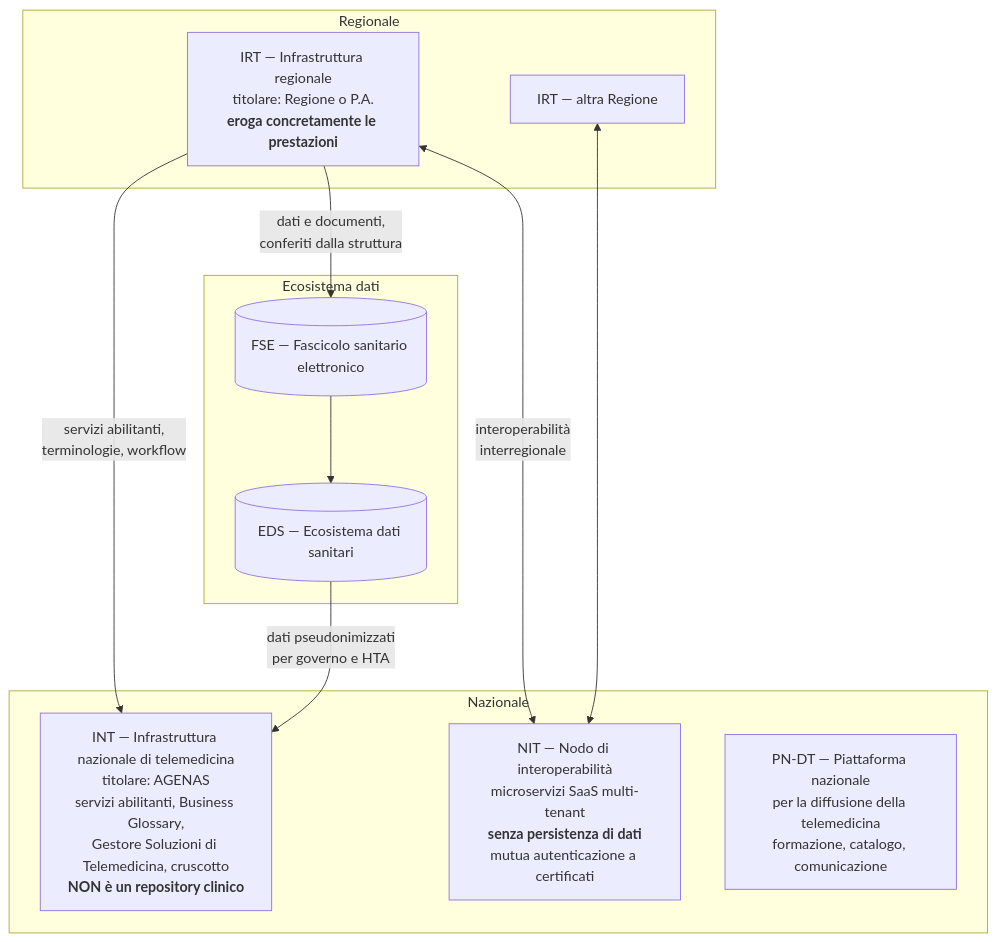
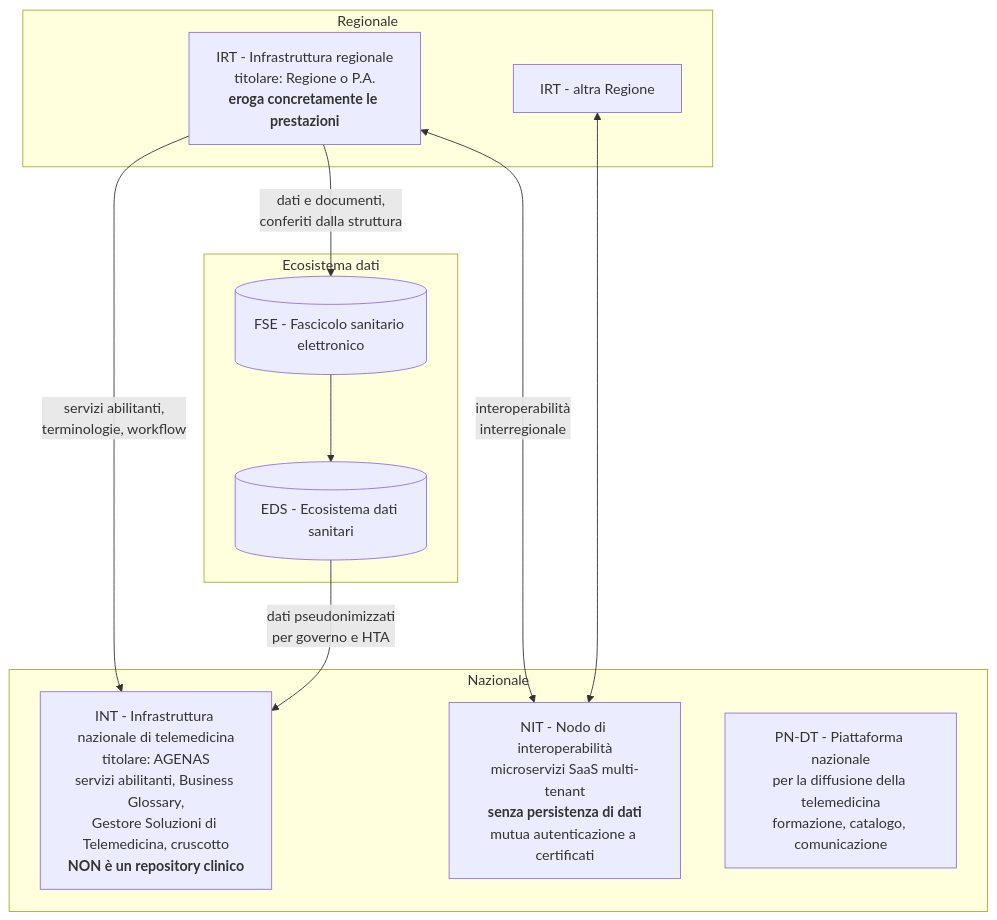
Before and after one commit to fedcal/Telemedic: the third of 3 diagrams in docs/10_fondamenti/02-prestazioni-di-telemedicina.md, drawn with Mermaid. The commit also changed other lines of this file and 301 other files, not shown here.

````diff
--- a/docs/10_fondamenti/02-prestazioni-di-telemedicina.md
+++ b/docs/10_fondamenti/02-prestazioni-di-telemedicina.md
@@ -830,22 +830,22 @@
 ```mermaid
 flowchart TB
     subgraph Nazionale
-        INT["INT — Infrastruttura nazionale di telemedicina<br/>titolare: AGENAS<br/>servizi abilitanti, Business Glossary,<br/>Gestore Soluzioni di Telemedicina, cruscotto<br/><b>NON è un repository clinico</b>"]
-        NIT["NIT — Nodo di interoperabilità<br/>microservizi SaaS multi-tenant<br/><b>senza persistenza di dati</b><br/>mutua autenticazione a certificati"]
-        PNDT["PN-DT — Piattaforma nazionale<br/>per la diffusione della telemedicina<br/>formazione, catalogo, comunicazione"]
+        INT["INT - Infrastruttura nazionale di telemedicina<br/>titolare: AGENAS<br/>servizi abilitanti, Business Glossary,<br/>Gestore Soluzioni di Telemedicina, cruscotto<br/><b>NON è un repository clinico</b>"]
+        NIT["NIT - Nodo di interoperabilità<br/>microservizi SaaS multi-tenant<br/><b>senza persistenza di dati</b><br/>mutua autenticazione a certificati"]
+        PNDT["PN-DT - Piattaforma nazionale<br/>per la diffusione della telemedicina<br/>formazione, catalogo, comunicazione"]
     end
     subgraph Regionale
-        IRT1["IRT — Infrastruttura regionale<br/>titolare: Regione o P.A.<br/><b>eroga concretamente le prestazioni</b>"]
-        IRT2["IRT — altra Regione"]
+        IRT1["IRT - Infrastruttura regionale<br/>titolare: Regione o P.A.<br/><b>eroga concretamente le prestazioni</b>"]
+        IRT2["IRT - altra Regione"]
     end
     subgraph Ecosistema dati
-        FSE[("FSE — Fascicolo sanitario elettronico")]
-        EDS[("EDS — Ecosistema dati sanitari")]
+        FSE[("FSE - Fascicolo sanitario elettronico")]
+        EDS[("EDS - Ecosistema dati sanitari")]
     end
     IRT1 <-->|interoperabilità<br/>interregionale| NIT
     IRT2 <--> NIT
     IRT1 -->|servizi abilitanti,<br/>terminologie, workflow| INT
     IRT1 -->|dati e documenti,<br/>conferiti dalla struttura| FSE
     FSE --> EDS
     EDS -->|dati pseudonimizzati<br/>per governo e HTA| INT
 ```
````
